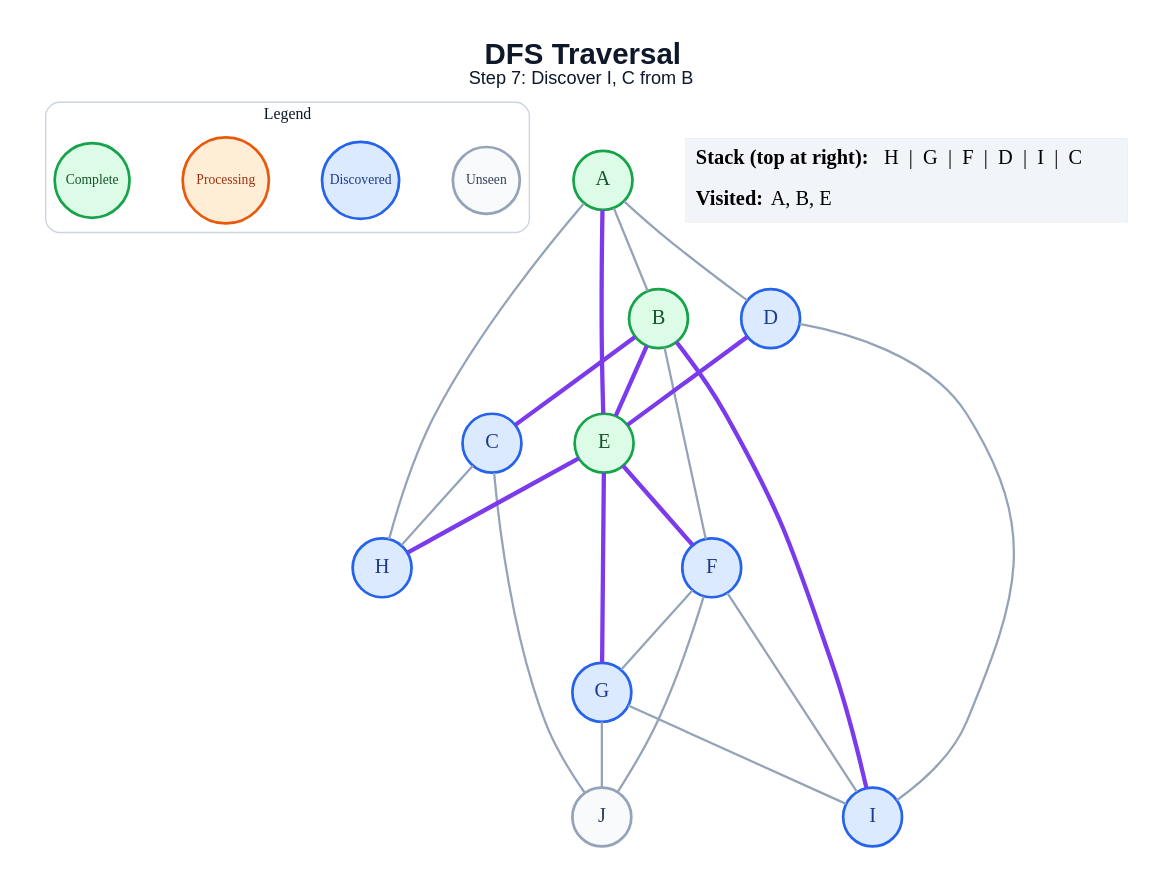
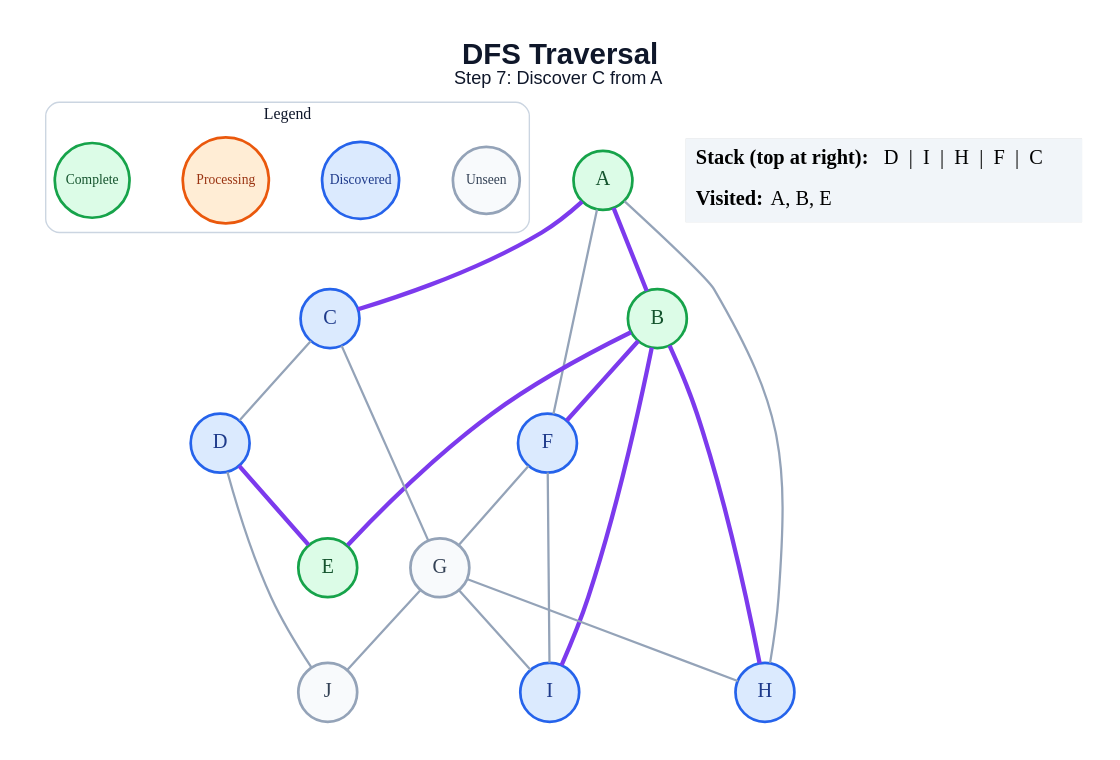
The diagram in generated/specific-node/dfs/step_07.dot (amanghodawala9/ai-slop), drawn with Graphviz before and after one commit. The commit also changed 178 other files, not shown here.

```diff
--- a/generated/specific-node/dfs/step_07.dot
+++ b/generated/specific-node/dfs/step_07.dot
@@ -1,49 +1,46 @@
 graph traversal {
   graph [layout=dot, rankdir=TB, bgcolor="#FFFFFF", pad="0.35", nodesep="0.65", ranksep="0.8", fontname="Arial"];
   node [shape=circle, style="filled", fontname="Arial Bold", fontsize=18, width=0.72, fixedsize=true, penwidth=2.4];
   edge [color="#94A3B8", penwidth=2.0];
-  label=<<B>DFS Traversal</B><BR/><FONT POINT-SIZE="16">Step 7: Discover I, C from B</FONT>>; labelloc="t"; fontsize=26; fontname="Arial"; fontcolor="#0F172A";
+  label=<<B>DFS Traversal</B><BR/><FONT POINT-SIZE="16">Step 7: Discover C from A</FONT>>; labelloc="t"; fontsize=26; fontname="Arial"; fontcolor="#0F172A";
   subgraph cluster_legend { label="Legend"; color="#CBD5E1"; penwidth=1.2; style="rounded"; fontsize=14; fontname="Arial Bold";
     key_unseen [label="Unseen", fillcolor="#F8FAFC", color="#94A3B8", fontcolor="#334155", fontsize=12, width=0.82];
     key_frontier [label="Discovered", fillcolor="#DBEAFE", color="#2563EB", fontcolor="#1E3A8A", fontsize=12, width=0.95];
     key_current [label="Processing", fillcolor="#FFEDD5", color="#EA580C", fontcolor="#9A3412", fontsize=12, width=1.05];
     key_done [label="Complete", fillcolor="#DCFCE7", color="#16A34A", fontcolor="#14532D", fontsize=12, width=0.92];
     { rank=same; key_unseen; key_frontier; key_current; key_done; }
   }
   A [fillcolor="#DCFCE7", color="#16A34A", fontcolor="#14532D"];
   B [fillcolor="#DCFCE7", color="#16A34A", fontcolor="#14532D"];
   C [fillcolor="#DBEAFE", color="#2563EB", fontcolor="#1E3A8A"];
   D [fillcolor="#DBEAFE", color="#2563EB", fontcolor="#1E3A8A"];
   E [fillcolor="#DCFCE7", color="#16A34A", fontcolor="#14532D"];
   F [fillcolor="#DBEAFE", color="#2563EB", fontcolor="#1E3A8A"];
-  G [fillcolor="#DBEAFE", color="#2563EB", fontcolor="#1E3A8A"];
+  G [fillcolor="#F8FAFC", color="#94A3B8", fontcolor="#334155"];
   H [fillcolor="#DBEAFE", color="#2563EB", fontcolor="#1E3A8A"];
   I [fillcolor="#DBEAFE", color="#2563EB", fontcolor="#1E3A8A"];
   J [fillcolor="#F8FAFC", color="#94A3B8", fontcolor="#334155"];
-  A -- B;
-  A -- D;
-  A -- E [color="#7C3AED", penwidth=3.8];
+  A -- B [color="#7C3AED", penwidth=3.8];
+  A -- C [color="#7C3AED", penwidth=3.8];
+  A -- F;
   A -- H;
-  B -- C [color="#7C3AED", penwidth=3.8];
   B -- E [color="#7C3AED", penwidth=3.8];
-  B -- F;
+  B -- F [color="#7C3AED", penwidth=3.8];
+  B -- H [color="#7C3AED", penwidth=3.8];
   B -- I [color="#7C3AED", penwidth=3.8];
-  C -- H;
-  C -- J;
+  C -- D;
+  C -- G;
   D -- E [color="#7C3AED", penwidth=3.8];
-  D -- I;
-  E -- F [color="#7C3AED", penwidth=3.8];
-  E -- G [color="#7C3AED", penwidth=3.8];
-  E -- H [color="#7C3AED", penwidth=3.8];
+  D -- J;
   F -- G;
   F -- I;
-  F -- J;
+  G -- H;
   G -- I;
   G -- J;
   status [shape=plain, fixedsize=false, width=0, height=0, margin=0, label=<
     <TABLE BORDER="0" CELLBORDER="0" CELLPADDING="7" BGCOLOR="#F1F5F9">
-      <TR><TD ALIGN="LEFT"><B>Stack (top at right):</B> H  |  G  |  F  |  D  |  I  |  C</TD></TR>
+      <TR><TD ALIGN="LEFT"><B>Stack (top at right):</B> D  |  I  |  H  |  F  |  C</TD></TR>
       <TR><TD ALIGN="LEFT"><B>Visited:</B> A, B, E</TD></TR>
     </TABLE>
   >];
 }
```
